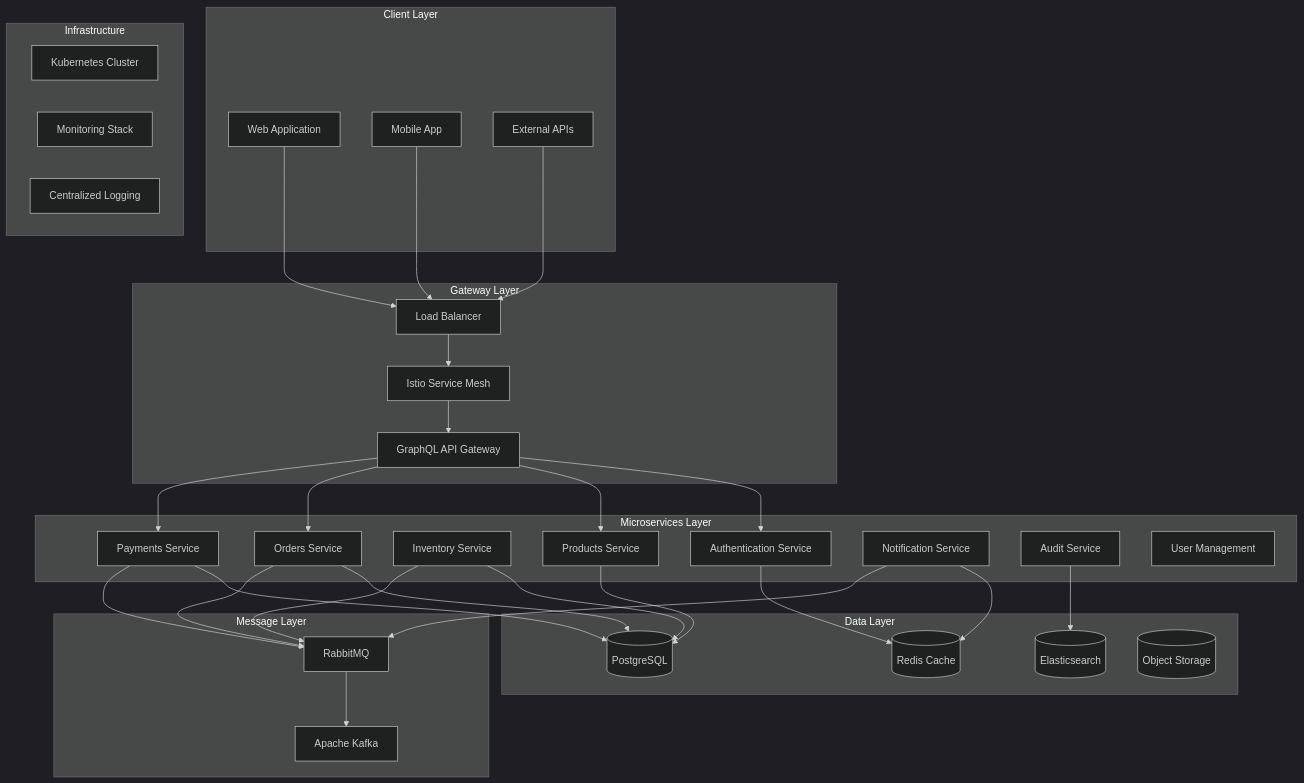
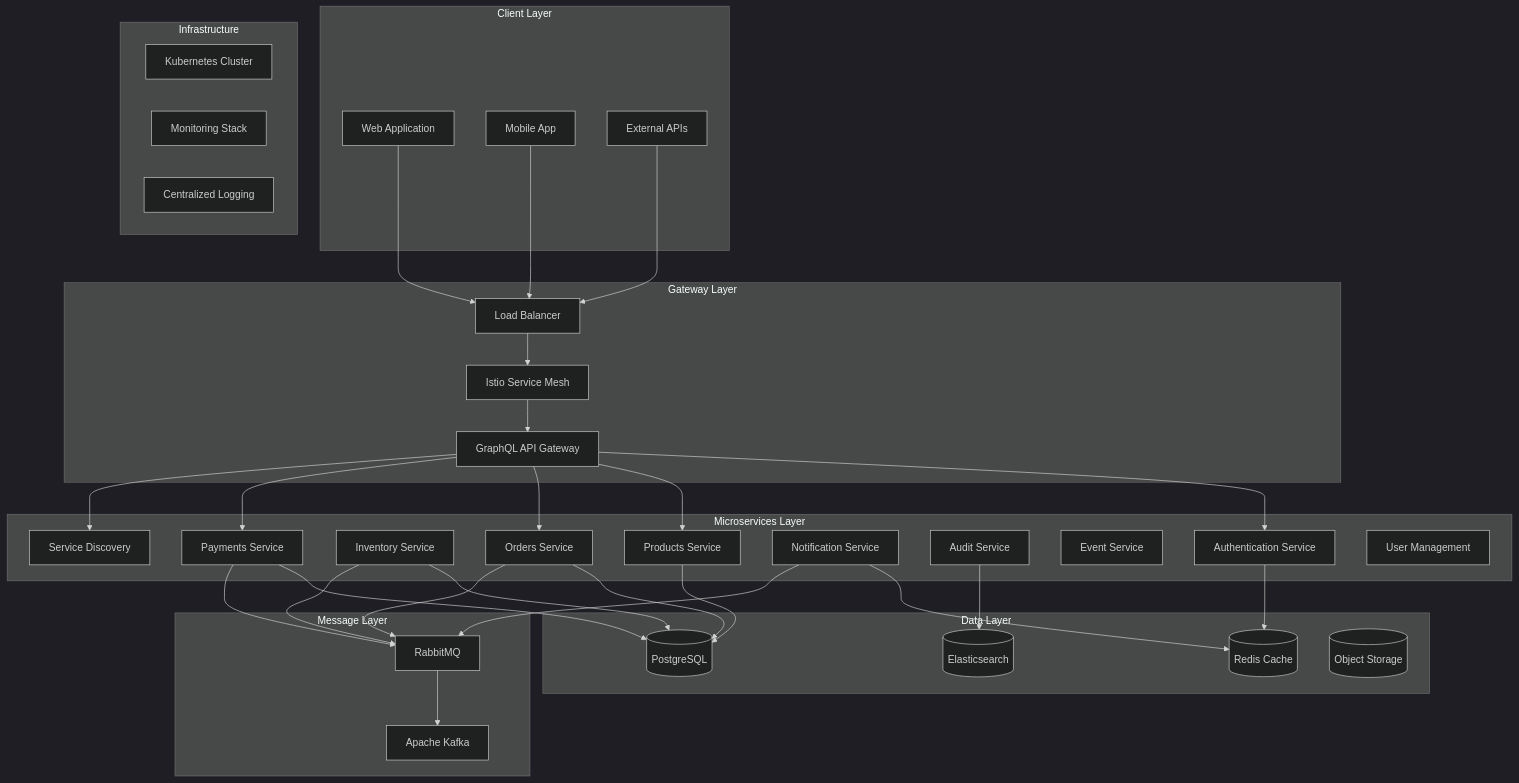
Before and after one commit to solo925/micoservices-Ecommerce: the diagram in SYSTEM_DESIGN.md, drawn with Mermaid (dark theme). The commit also changed other lines of this file and 6 other files, not shown here.

Commit message:
service discovery all

````diff
--- a/SYSTEM_DESIGN.md
+++ b/SYSTEM_DESIGN.md
@@ -24,68 +24,71 @@
 ```mermaid
 graph TB
     subgraph "Client Layer"
         WEB[Web Application]
         MOBILE[Mobile App]
         API_CONSUMER[External APIs]
     end
     
     subgraph "Gateway Layer"
         ISTIO[Istio Service Mesh]
         API_GW[GraphQL API Gateway]
         LB[Load Balancer]
     end
     
     subgraph "Microservices Layer"
         AUTH[Authentication Service]
         PRODUCTS[Products Service]
         INVENTORY[Inventory Service]
         ORDERS[Orders Service]
         PAYMENTS[Payments Service]
         NOTIFICATIONS[Notification Service]
         AUDIT[Audit Service]
+        EVENTS[Event Service]
+        SERVICE_DISCOVERY[Service Discovery]
         USER[User Management]
     end
     
     subgraph "Data Layer"
         POSTGRES[(PostgreSQL)]
         REDIS[(Redis Cache)]
         ELASTICSEARCH[(Elasticsearch)]
         S3[(Object Storage)]
     end
     
     subgraph "Message Layer"
         RABBITMQ[RabbitMQ]
         KAFKA[Apache Kafka]
     end
     
     subgraph "Infrastructure"
         K8S[Kubernetes Cluster]
         MONITORING[Monitoring Stack]
         LOGGING[Centralized Logging]
     end
     
     WEB --> LB
     MOBILE --> LB
     API_CONSUMER --> LB
     LB --> ISTIO
     ISTIO --> API_GW
     API_GW --> AUTH
     API_GW --> PRODUCTS
     API_GW --> ORDERS
     API_GW --> PAYMENTS
+    API_GW --> SERVICE_DISCOVERY
     
     AUTH --> REDIS
     PRODUCTS --> POSTGRES
     INVENTORY --> POSTGRES
     ORDERS --> POSTGRES
     PAYMENTS --> POSTGRES
     NOTIFICATIONS --> REDIS
     AUDIT --> ELASTICSEARCH
     
     ORDERS --> RABBITMQ
     PAYMENTS --> RABBITMQ
     INVENTORY --> RABBITMQ
     NOTIFICATIONS --> RABBITMQ
     
     RABBITMQ --> KAFKA
 ```
````
